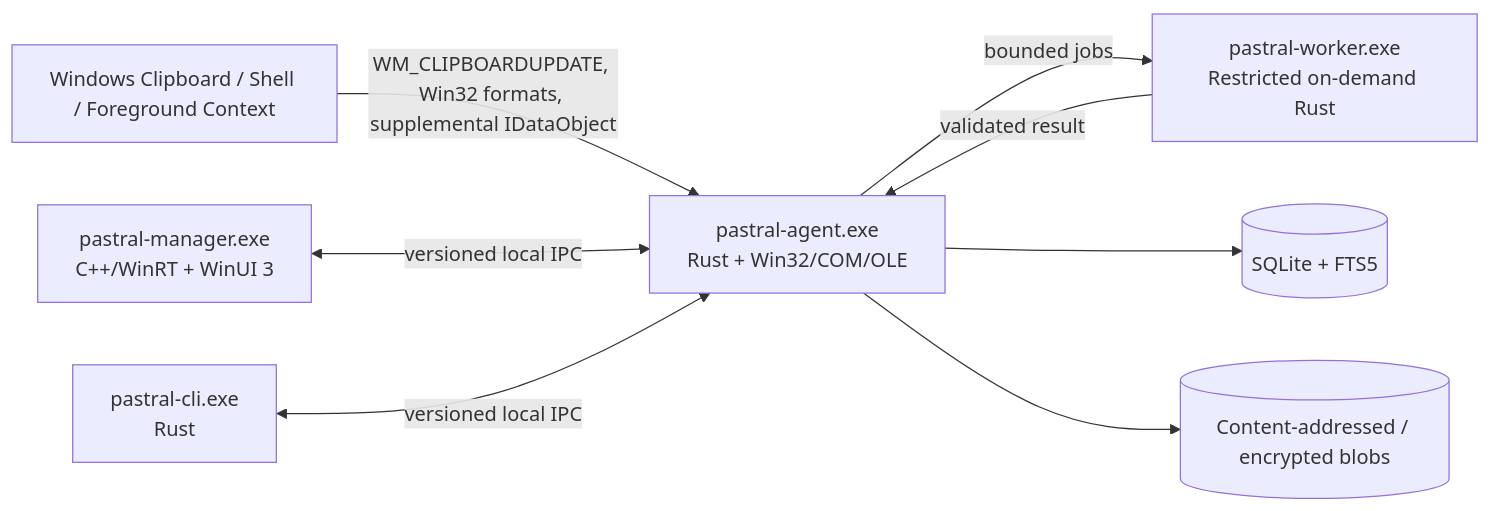
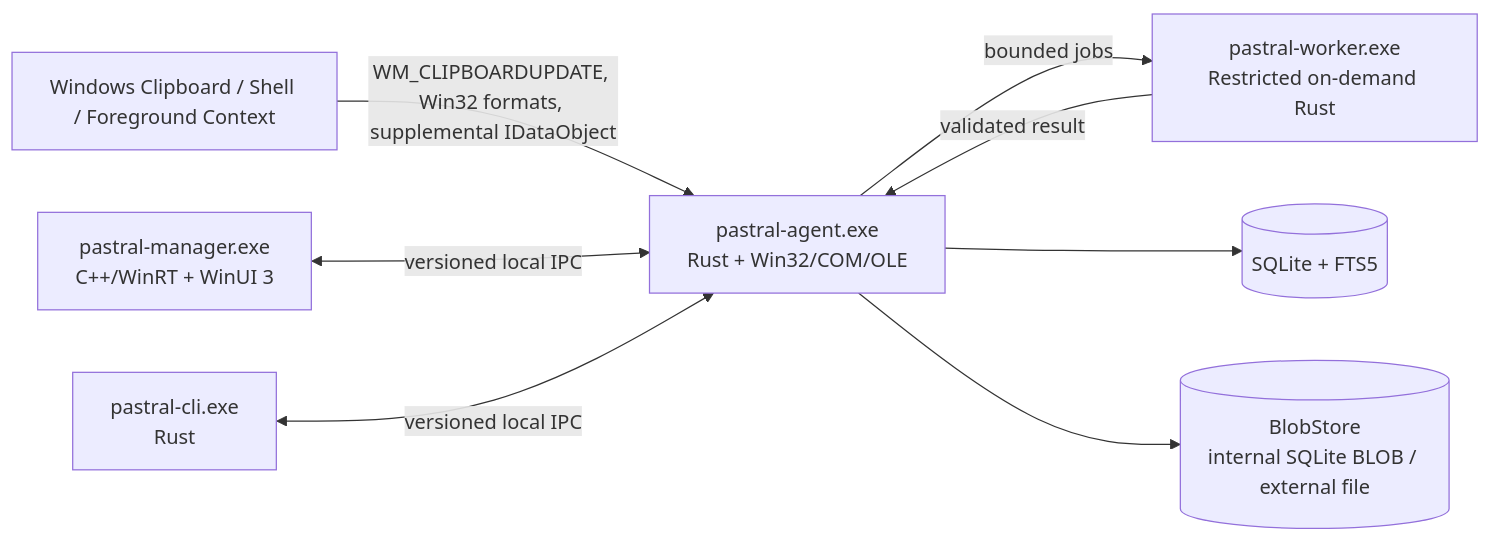
Before and after one commit to KanzuXHorizon/Pastral: the diagram in docs/architecture/overview.md, drawn with Mermaid. The commit also changed other lines of this file and 32 other files, not shown here.

````diff
--- a/docs/architecture/overview.md
+++ b/docs/architecture/overview.md
@@ -7,18 +7,18 @@
 ```mermaid
 flowchart LR
     Windows[Windows Clipboard / Shell / Foreground Context]
     Agent[pastral-agent.exe\nRust + Win32/COM/OLE]
     Worker[pastral-worker.exe\nRestricted on-demand Rust]
     Manager[pastral-manager.exe\nC++/WinRT + WinUI 3]
     CLI[pastral-cli.exe\nRust]
     DB[(SQLite + FTS5)]
-    Blobs[(Content-addressed / encrypted blobs)]
+    Blobs[(BlobStore\ninternal SQLite BLOB / external file)]
 
     Windows -->|WM_CLIPBOARDUPDATE, Win32 formats, supplemental IDataObject| Agent
     Agent -->|bounded jobs| Worker
     Worker -->|validated result| Agent
     Manager <-->|versioned local IPC| Agent
     CLI <-->|versioned local IPC| Agent
     Agent --> DB
     Agent --> Blobs
 ```
````
